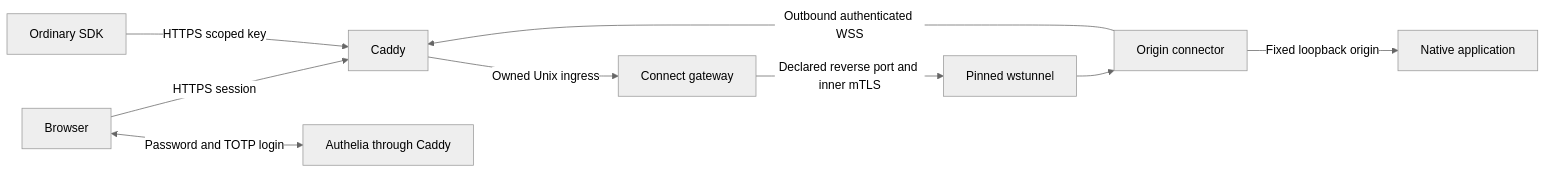
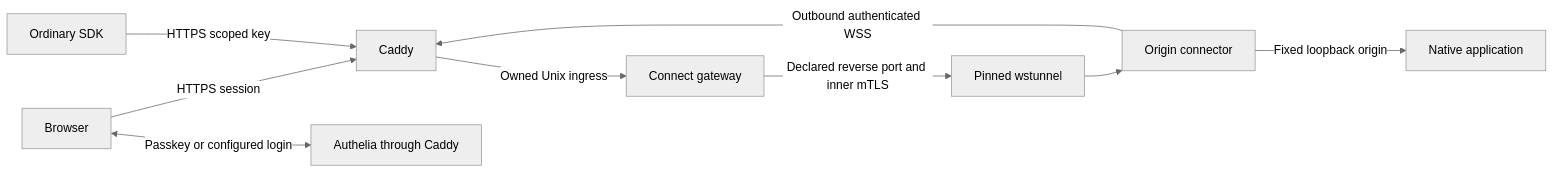
One commit to fakoli/anvil-serving changed the diagram in docs/ANVIL-CONNECT.md. Above: the diagram before and after it, drawn with Mermaid (neutral theme). The commit also changed other lines of this file and 25 other files, not shown here.

````diff
--- a/docs/ANVIL-CONNECT.md
+++ b/docs/ANVIL-CONNECT.md
@@ -16,11 +16,11 @@
 ```mermaid
 flowchart LR
   B[Browser] -->|HTTPS session| E[Caddy]
   S[Ordinary SDK] -->|HTTPS scoped key| E
   E -->|Owned Unix ingress| G[Connect gateway]
   G -->|Declared reverse port and inner mTLS| T[Pinned wstunnel]
   O[Origin connector] -->|Outbound authenticated WSS| E
   T --> O
   O -->|Fixed loopback origin| A[Native application]
-  B <-->|Password and TOTP login| I[Authelia through Caddy]
+  B <-->|Passkey or configured login| I[Authelia through Caddy]
 ```
````
